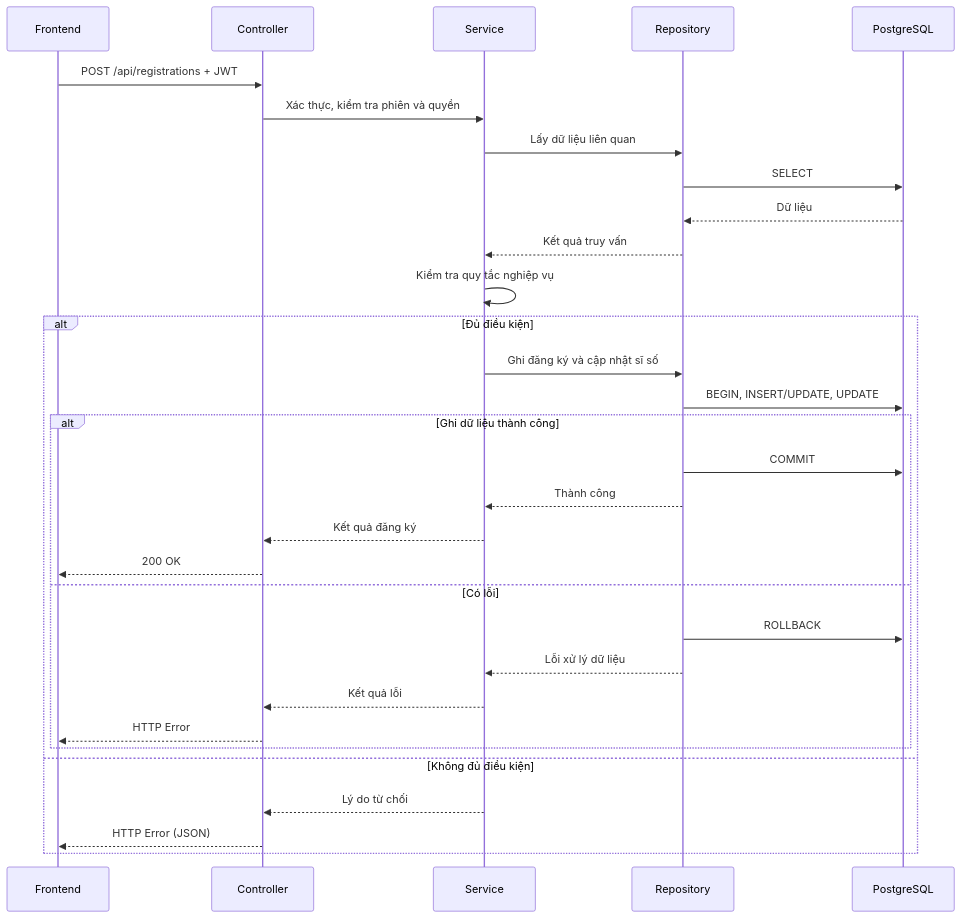
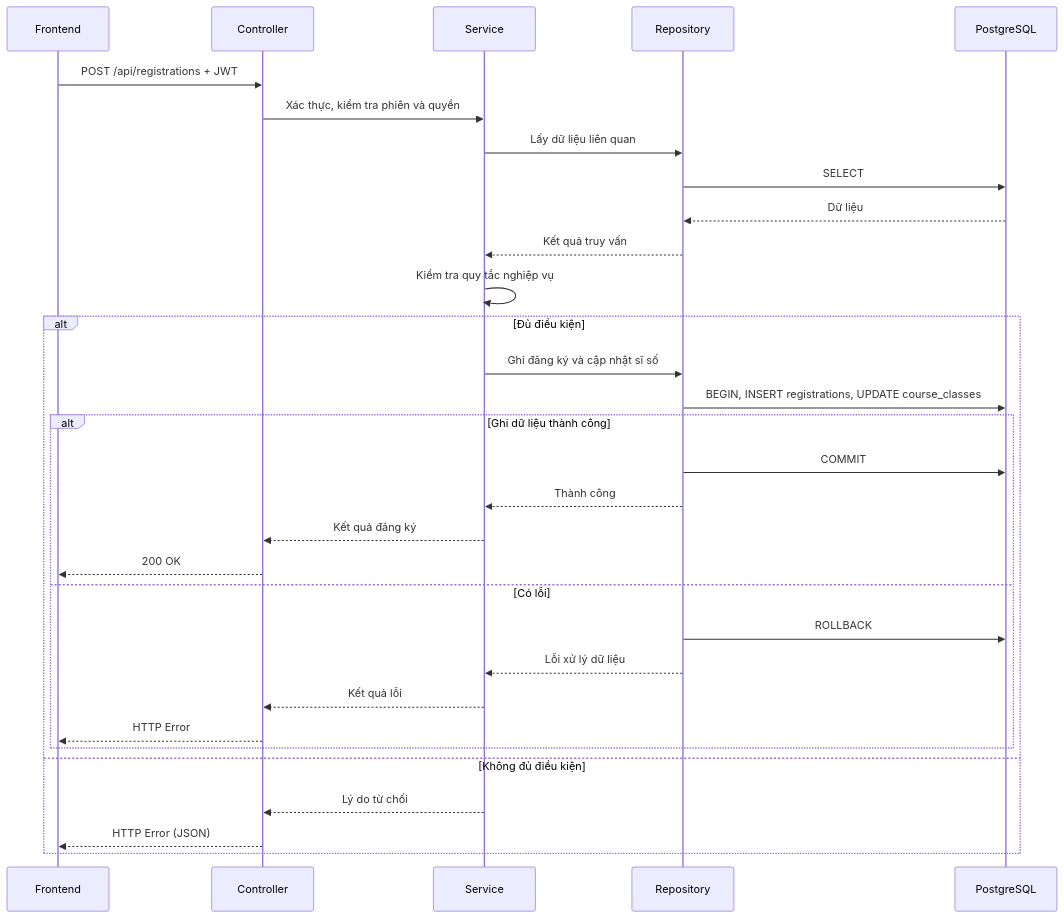
One commit to Akapi895/course-registration changed the second of 2 diagrams in ARCHITECTURE.md. Above: the diagram before and after it, drawn with Mermaid. The commit also changed other lines of this file and 27 other files, not shown here.

````diff
--- a/ARCHITECTURE.md
+++ b/ARCHITECTURE.md
@@ -139,37 +139,37 @@
 ```mermaid
 sequenceDiagram
     participant FE as Frontend
     participant C as Controller
     participant S as Service
     participant R as Repository
     participant DB as PostgreSQL
 
     FE->>C: POST /api/registrations + JWT
     C->>S: Xác thực, kiểm tra phiên và quyền
     S->>R: Lấy dữ liệu liên quan
     R->>DB: SELECT
     DB-->>R: Dữ liệu
     R-->>S: Kết quả truy vấn
 
     S->>S: Kiểm tra quy tắc nghiệp vụ
 
     alt Đủ điều kiện
         S->>R: Ghi đăng ký và cập nhật sĩ số
-        R->>DB: BEGIN, INSERT/UPDATE, UPDATE
+        R->>DB: BEGIN, INSERT registrations, UPDATE course_classes
 
         alt Ghi dữ liệu thành công
             R->>DB: COMMIT
             R-->>S: Thành công
             S-->>C: Kết quả đăng ký
             C-->>FE: 200 OK
         else Có lỗi
             R->>DB: ROLLBACK
             R-->>S: Lỗi xử lý dữ liệu
             S-->>C: Kết quả lỗi
             C-->>FE: HTTP Error
         end
     else Không đủ điều kiện
         S-->>C: Lý do từ chối
         C-->>FE: HTTP Error (JSON)
     end
 ```
````
